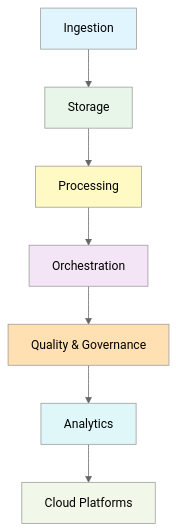
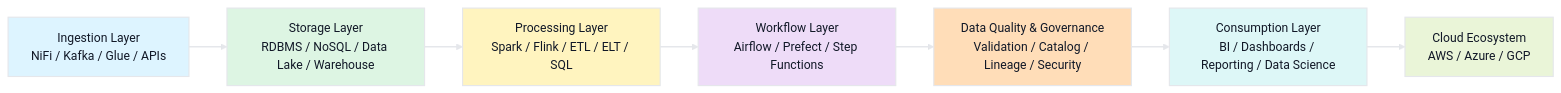
The diagram in tech-stacks.md (tinitiateprime/tinitiate-data-engineering), drawn with Mermaid (neutral theme) before and after one commit. The commit also changed other lines of this file, not shown here.

````diff
--- a/tech-stacks.md
+++ b/tech-stacks.md
@@ -41,16 +373,19 @@
 ```mermaid
-flowchart TD
-    A[Ingestion] --> B[Storage]
-    B --> C[Processing]
-    C --> D[Orchestration]
-    D --> E[Quality & Governance]
-    E --> F[Analytics]
-    F --> G[Cloud Platforms]
-    style A fill:#e1f5fe
-    style B fill:#e8f5e9
-    style C fill:#fff9c4
-    style D fill:#f3e5f5
-    style E fill:#ffe0b2
-    style F fill:#e0f7fa
-    style G fill:#f1f8e9
+flowchart LR
+    A[Ingestion Layer<br/>NiFi / Kafka / Glue / APIs] --> B[Storage Layer<br/>RDBMS / NoSQL / Data Lake / Warehouse]
+    B --> C[Processing Layer<br/>Spark / Flink / ETL / ELT / SQL]
+    C --> D[Workflow Layer<br/>Airflow / Prefect / Step Functions]
+    D --> E[Data Quality & Governance<br/>Validation / Catalog / Lineage / Security]
+    E --> F[Consumption Layer<br/>BI / Dashboards / Reporting / Data Science]
+    F --> G[Cloud Ecosystem<br/>AWS / Azure / GCP]
+
+    style A fill:#DDF4FF,stroke:#E5E7EB,stroke-width:1.5px,color:#111827
+    style B fill:#DDF5E3,stroke:#E5E7EB,stroke-width:1.5px,color:#111827
+    style C fill:#FFF4BF,stroke:#E5E7EB,stroke-width:1.5px,color:#111827
+    style D fill:#EEDCF8,stroke:#E5E7EB,stroke-width:1.5px,color:#111827
+    style E fill:#FFDDB8,stroke:#E5E7EB,stroke-width:1.5px,color:#111827
+    style F fill:#DDF7F7,stroke:#E5E7EB,stroke-width:1.5px,color:#111827
+    style G fill:#EAF5D8,stroke:#E5E7EB,stroke-width:1.5px,color:#111827
+
+    linkStyle default stroke:#E5E7EB,stroke-width:2px
 ```
````
